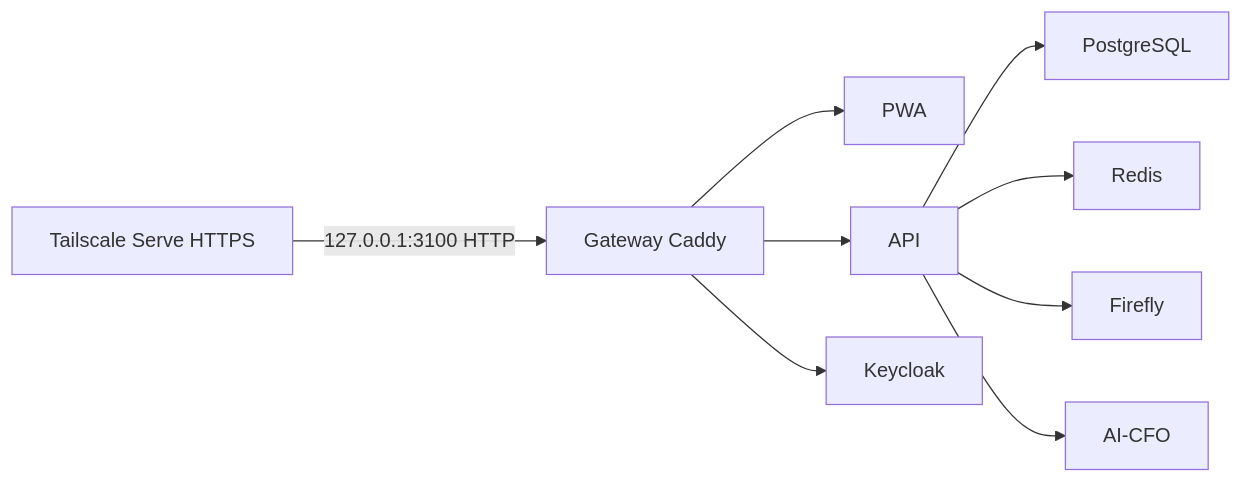
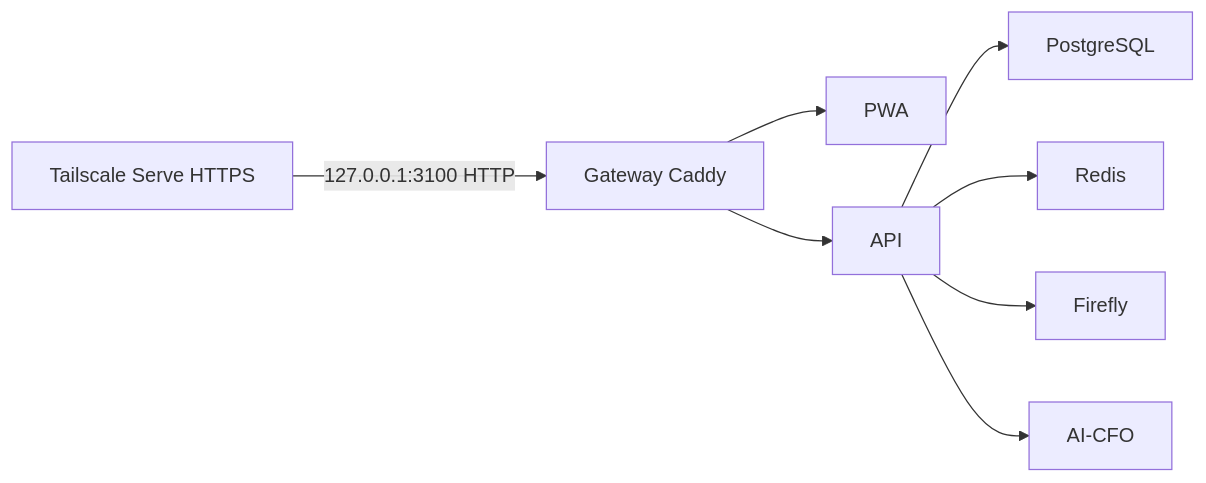
One commit to Wilmesa/finanzas-hogar changed the second of 2 diagrams in docs/ARCHITECTURE.md. Above: the diagram before and after it, drawn with Mermaid. The commit also changed other lines of this file and 50 other files, not shown here.

````diff
--- a/docs/ARCHITECTURE.md
+++ b/docs/ARCHITECTURE.md
@@ -24,11 +24,10 @@
 ```mermaid
 flowchart LR
   TS["Tailscale Serve HTTPS"] -->|"127.0.0.1:3100 HTTP"| GW["Gateway Caddy"]
   GW --> WEB["PWA"]
   GW --> API["API"]
-  GW --> KC["Keycloak"]
   API --> PG["PostgreSQL"]
   API --> REDIS["Redis"]
   API --> FF["Firefly"]
   API --> AI["AI-CFO"]
 ```
````
